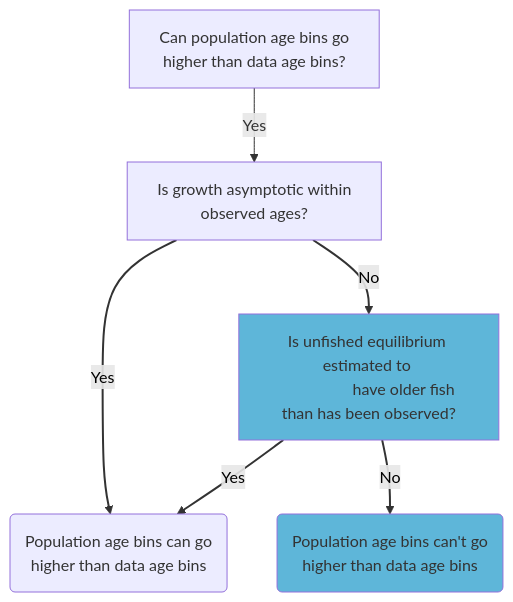
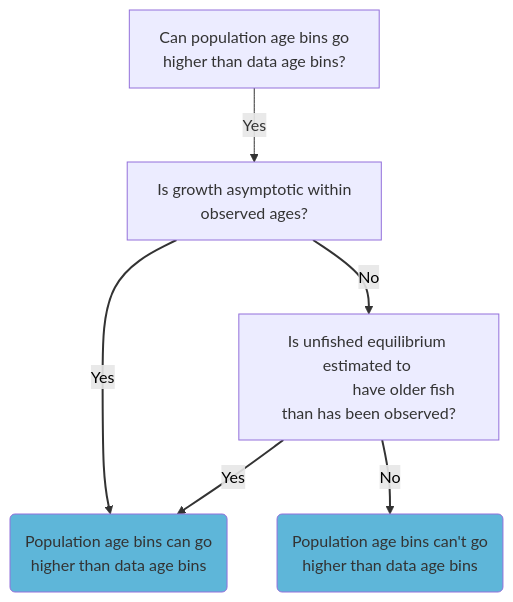
The sixth of 6 diagrams in website/qmds/ss3_setup_decisions.qmd (nmfs-ost/ss3-website), drawn with Mermaid before and after one commit.

````diff
--- a/website/qmds/ss3_setup_decisions.qmd
+++ b/website/qmds/ss3_setup_decisions.qmd
@@ -92,16 +92,16 @@
 ```{mermaid}
 flowchart TB
     A["Can population age bins go 
       higher than data age bins?"] -- Yes --> B["Is growth asymptotic within
                                                 observed ages?"]
     B -- No --> C["Is unfished equilibrium estimated to 
                   have older fish than has been observed?"]                                    
     B -- Yes --> D("Population age bins can go 
                    higher than data age bins")
     C -- Yes --> D
     C -- No --> E("Population age bins can't go 
                   higher than data age bins")
     linkStyle 1,2,3,4 stroke-width:2px,color:black
-    style C fill:#5EB6D9
+    style D fill:#5EB6D9
     style E fill:#5EB6D9
 ```
````
